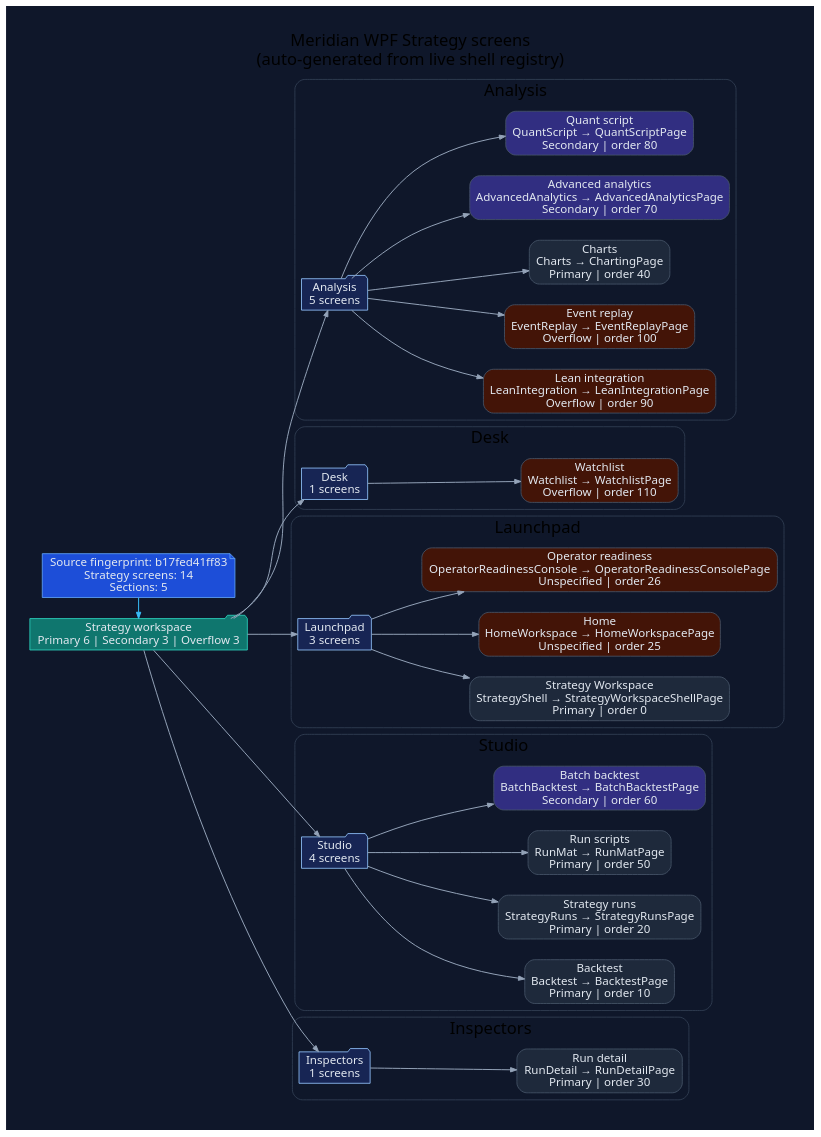
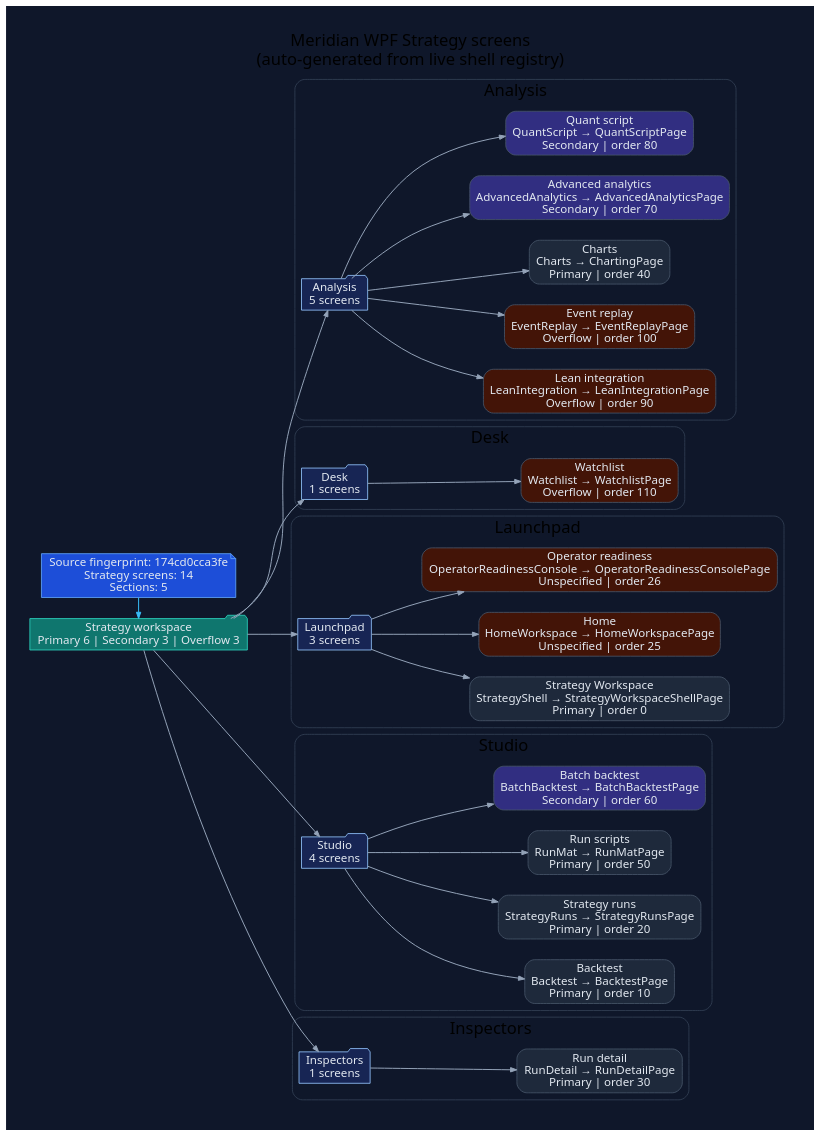
Before and after one commit to rodoHasArrived/Meridian-main: the diagram in docs/diagrams/ui/ui-wpf-screens-strategy.dot, drawn with Graphviz. The commit also changed 47 other files, not shown here.

```diff
--- a/docs/diagrams/ui/ui-wpf-screens-strategy.dot
+++ b/docs/diagrams/ui/ui-wpf-screens-strategy.dot
@@ -1,94 +1,94 @@
 // -----------------------------------------------------------------------------
 // <auto-generated>
 // Generated by scripts/generate-diagrams.mjs.
 // Do not edit this file directly; update the WPF source files instead.
 // -----------------------------------------------------------------------------
 digraph WpfStrategyScreens {
   graph [
     rankdir=LR,
     labelloc=t,
     label="Meridian WPF Strategy screens\n(auto-generated from live shell registry)",
     fontname="Segoe UI",
     fontsize=20,
     pad=0.4,
     nodesep=0.35,
     ranksep=0.85,
     bgcolor="#0f172a"
   ];
   node [fontname="Segoe UI", shape=box, style="rounded,filled", color="#475569", fontcolor="#e2e8f0", fillcolor="#1e293b"];
   edge [fontname="Segoe UI", color="#94a3b8", penwidth=1.2, arrowsize=0.75];
 
-  generated [shape=note, fillcolor="#1d4ed8", color="#60a5fa", label="Source fingerprint: b17fed41ff83\nStrategy screens: 14\nSections: 5"];
+  generated [shape=note, fillcolor="#1d4ed8", color="#60a5fa", label="Source fingerprint: 174cd0cca3fe\nStrategy screens: 14\nSections: 5"];
   workspace [shape=folder, fillcolor="#0f766e", color="#2dd4bf", label="Strategy workspace\nPrimary 6 | Secondary 3 | Overflow 3"];
   generated -> workspace [color="#38bdf8"];
 
   subgraph cluster_section_1 {
     label="Analysis";
     color="#334155";
     style="rounded";
     section_1 [shape=folder, fillcolor="#172554", color="#93c5fd", label="Analysis\n5 screens"];
     workspace -> section_1;
     screen_LeanIntegration [fillcolor="#431407", label="Lean integration\nLeanIntegration → LeanIntegrationPage\nOverflow | order 90"];
     section_1 -> screen_LeanIntegration;
     screen_EventReplay [fillcolor="#431407", label="Event replay\nEventReplay → EventReplayPage\nOverflow | order 100"];
     section_1 -> screen_EventReplay;
     screen_Charts [fillcolor="#1e293b", label="Charts\nCharts → ChartingPage\nPrimary | order 40"];
     section_1 -> screen_Charts;
     screen_AdvancedAnalytics [fillcolor="#312e81", label="Advanced analytics\nAdvancedAnalytics → AdvancedAnalyticsPage\nSecondary | order 70"];
     section_1 -> screen_AdvancedAnalytics;
     screen_QuantScript [fillcolor="#312e81", label="Quant script\nQuantScript → QuantScriptPage\nSecondary | order 80"];
     section_1 -> screen_QuantScript;
   }
 
   subgraph cluster_section_2 {
     label="Desk";
     color="#334155";
     style="rounded";
     section_2 [shape=folder, fillcolor="#172554", color="#93c5fd", label="Desk\n1 screens"];
     workspace -> section_2;
     screen_Watchlist [fillcolor="#431407", label="Watchlist\nWatchlist → WatchlistPage\nOverflow | order 110"];
     section_2 -> screen_Watchlist;
   }
 
   subgraph cluster_section_3 {
     label="Launchpad";
     color="#334155";
     style="rounded";
     section_3 [shape=folder, fillcolor="#172554", color="#93c5fd", label="Launchpad\n3 screens"];
     workspace -> section_3;
     screen_StrategyShell [fillcolor="#1e293b", label="Strategy Workspace\nStrategyShell → StrategyWorkspaceShellPage\nPrimary | order 0"];
     section_3 -> screen_StrategyShell;
     screen_HomeWorkspace [fillcolor="#431407", label="Home\nHomeWorkspace → HomeWorkspacePage\nUnspecified | order 25"];
     section_3 -> screen_HomeWorkspace;
     screen_OperatorReadinessConsole [fillcolor="#431407", label="Operator readiness\nOperatorReadinessConsole → OperatorReadinessConsolePage\nUnspecified | order 26"];
     section_3 -> screen_OperatorReadinessConsole;
   }
 
   subgraph cluster_section_4 {
     label="Studio";
     color="#334155";
     style="rounded";
     section_4 [shape=folder, fillcolor="#172554", color="#93c5fd", label="Studio\n4 screens"];
     workspace -> section_4;
     screen_Backtest [fillcolor="#1e293b", label="Backtest\nBacktest → BacktestPage\nPrimary | order 10"];
     section_4 -> screen_Backtest;
     screen_StrategyRuns [fillcolor="#1e293b", label="Strategy runs\nStrategyRuns → StrategyRunsPage\nPrimary | order 20"];
     section_4 -> screen_StrategyRuns;
     screen_RunMat [fillcolor="#1e293b", label="Run scripts\nRunMat → RunMatPage\nPrimary | order 50"];
     section_4 -> screen_RunMat;
     screen_BatchBacktest [fillcolor="#312e81", label="Batch backtest\nBatchBacktest → BatchBacktestPage\nSecondary | order 60"];
     section_4 -> screen_BatchBacktest;
   }
 
   subgraph cluster_section_5 {
     label="Inspectors";
     color="#334155";
     style="rounded";
     section_5 [shape=folder, fillcolor="#172554", color="#93c5fd", label="Inspectors\n1 screens"];
     workspace -> section_5;
     screen_RunDetail [fillcolor="#1e293b", label="Run detail\nRunDetail → RunDetailPage\nPrimary | order 30"];
     section_5 -> screen_RunDetail;
   }
 
   { rank=min; generated; workspace; }
 }
```
